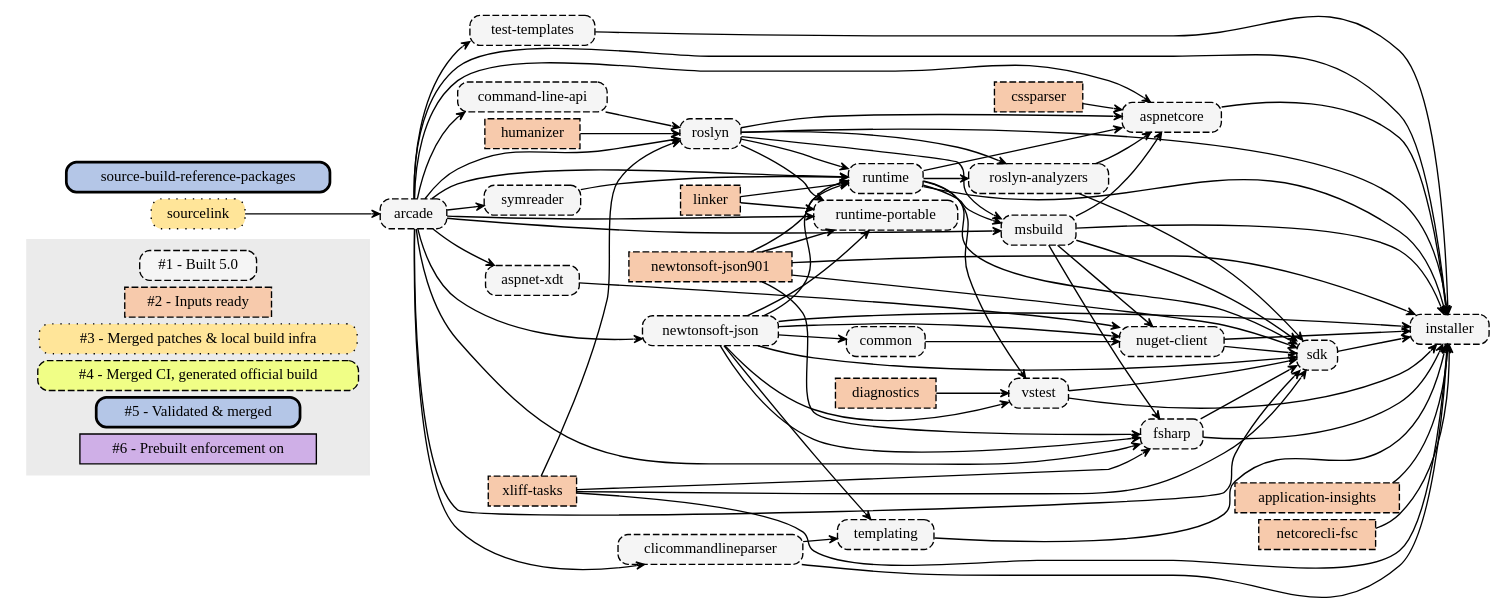
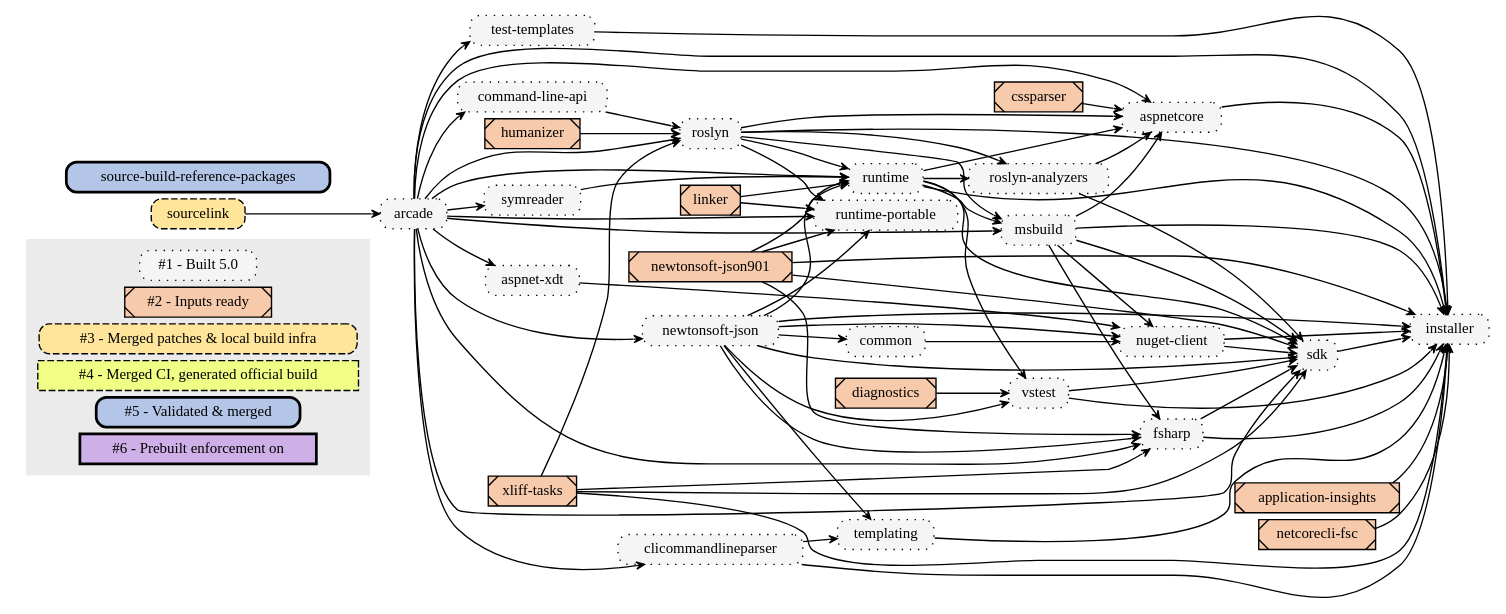
The diagram in Documentation/planning/arcade-powered-source-build/img/implementation-plan-graph.dot (dotnet/source-build), drawn with Graphviz before and after one commit. The commit also changed 1 other file, not shown here.

Commit message:
Make apsb impl graph style meaningful

```diff
--- a/Documentation/planning/arcade-powered-source-build/img/implementation-plan-graph.dot
+++ b/Documentation/planning/arcade-powered-source-build/img/implementation-plan-graph.dot
@@ -1,125 +1,125 @@
 // dot.exe implementation-plan-graph.dot -Tsvg -o implementation-plan-graph.svg
 
 digraph {
 node[
   shape=rect
   width=0 height=0 margin=0.07
   style=filled
   fontsize=11]
 edge[
   penwidth=1
   arrowsize=0.6
   arrowhead=vee
   pencolor="#444444"]
 rankdir=LR
 nodesep=0.07
 ranksep=0.08
 
-node [fillcolor="#F5F5F5",style="dashed,filled,rounded",tooltip="1"]
+node [fillcolor="#F5F5F5",style="dotted,filled,rounded",tooltip="1"]
 "s1"[label="#1 - Built 5.0"]
 "arcade" "aspnet-xdt" "aspnetcore" "clicommandlineparser" "command-line-api" "fsharp" "msbuild" "newtonsoft-json" "nuget-client" "roslyn" "roslyn-analyzers" "runtime" "runtime-portable" "sdk" "templating" "vstest" "installer" "symreader" "common" "test-templates"
 
-node [fillcolor="#F7CAAC",style="dashed,filled",tooltip="2"]
+node [fillcolor="#F7CAAC",style="filled,diagonals",tooltip="2"]
 "s2"[label="#2 - Inputs ready"]
 "application-insights" "netcorecli-fsc" "newtonsoft-json901" "xliff-tasks" "humanizer" "linker" "cssparser" "diagnostics"
 
-node [fillcolor="#FFE599",style="dotted,filled,rounded",tooltip="3"]
+node [fillcolor="#FFE599",style="dashed,filled,rounded",tooltip="3"]
 "s3"[label="#3 - Merged patches & local build infra"]
 "sourcelink"
 
-node [fillcolor="#F0FE86",style="dashed,filled,rounded",tooltip="4"]
+node [fillcolor="#F0FE86",style="dashed,filled",tooltip="4"]
 "s4"[label="#4 - Merged CI, generated official build"]
 
 node [fillcolor="#B4C6E7",style="bold,filled,rounded",tooltip="5"]
 "s5"[label="#5 - Validated & merged"]
 "source-build-reference-packages"
 
-node [fillcolor="#CFAFE7",style="filled",tooltip="6"]
+node [fillcolor="#CFAFE7",style="bold,filled",tooltip="6"]
 "s6"[label="#6 - Prebuilt enforcement on"]
 
 // Color all future nodes red. All nodes should be accounted for: red means they need a category.
 node [fillcolor="#FF0000",style=filled]
 
 subgraph clusterLegend {
   style=filled
   color="#ebebeb"
   "s1" "s2" "s3" "s4" "s5" "s6"
 }
 
 // Remaining text created by generate-graphviz.proj based on repos/*.proj:
 "sourcelink" -> "arcade"
 "arcade" -> "aspnet-xdt"
 "arcade" -> "aspnetcore"
 "cssparser" -> "aspnetcore"
 "runtime" -> "aspnetcore"
 "msbuild" -> "aspnetcore"
 "roslyn" -> "aspnetcore"
 "roslyn-analyzers" -> "aspnetcore"
 "arcade" -> "clicommandlineparser"
 "arcade" -> "command-line-api"
 "newtonsoft-json" -> "common"
 "arcade" -> "fsharp"
 "msbuild" -> "fsharp"
 "newtonsoft-json901" -> "fsharp"
 "newtonsoft-json" -> "fsharp"
 "xliff-tasks" -> "fsharp"
 "application-insights" -> "installer"
 "arcade" -> "installer"
 "aspnetcore" -> "installer"
 "clicommandlineparser" -> "installer"
 "fsharp" -> "installer"
 "msbuild" -> "installer"
 "netcorecli-fsc" -> "installer"
 "newtonsoft-json" -> "installer"
 "newtonsoft-json901" -> "installer"
 "nuget-client" -> "installer"
 "roslyn" -> "installer"
 "runtime" -> "installer"
 "sdk" -> "installer"
 "templating" -> "installer"
 "test-templates" -> "installer"
 "vstest" -> "installer"
 "xliff-tasks" -> "installer"
 "arcade" -> "msbuild"
 "runtime" -> "msbuild"
 "roslyn" -> "msbuild"
 "arcade" -> "newtonsoft-json"
 "common" -> "nuget-client"
 "newtonsoft-json" -> "nuget-client"
 "msbuild" -> "nuget-client"
 "aspnet-xdt" -> "nuget-client"
 "runtime" -> "roslyn-analyzers"
 "roslyn" -> "roslyn-analyzers"
 "arcade" -> "roslyn"
 "command-line-api" -> "roslyn"
 "humanizer" -> "roslyn"
 "xliff-tasks" -> "roslyn"
 "arcade" -> "runtime-portable"
 "linker" -> "runtime-portable"
 "newtonsoft-json" -> "runtime-portable"
 "newtonsoft-json901" -> "runtime-portable"
 "roslyn" -> "runtime-portable"
 "arcade" -> "runtime"
 "symreader" -> "runtime"
 "linker" -> "runtime"
 "newtonsoft-json" -> "runtime"
 "newtonsoft-json901" -> "runtime"
 "roslyn" -> "runtime"
 "arcade" -> "sdk"
 "xliff-tasks" -> "sdk"
 "runtime" -> "sdk"
 "msbuild" -> "sdk"
 "newtonsoft-json" -> "sdk"
 "newtonsoft-json901" -> "sdk"
 "nuget-client" -> "sdk"
 "roslyn-analyzers" -> "sdk"
 "vstest" -> "sdk"
 "fsharp" -> "sdk"
 "arcade" -> "symreader"
 "clicommandlineparser" -> "templating"
 "newtonsoft-json" -> "templating"
 "arcade" -> "test-templates"
 "diagnostics" -> "vstest"
 "runtime" -> "vstest"
 "newtonsoft-json" -> "vstest"
 }
```
